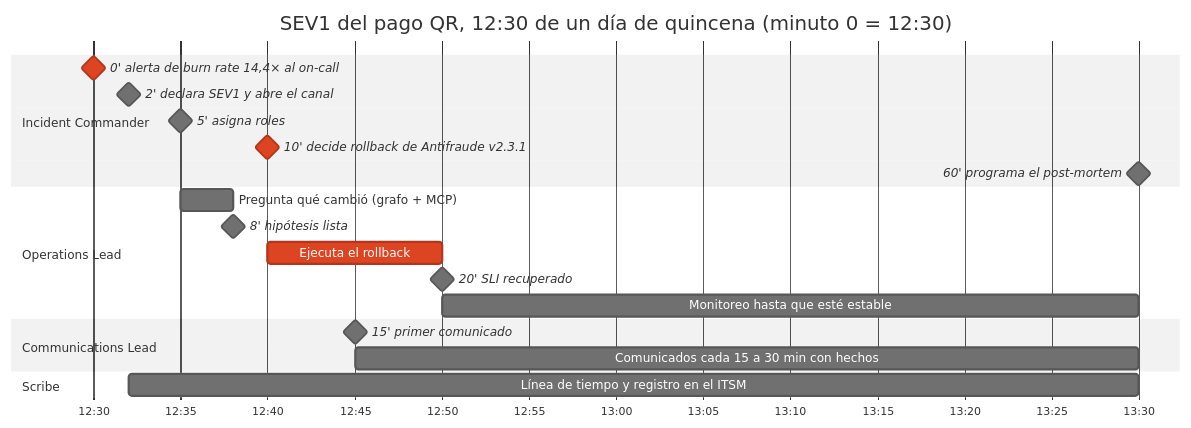
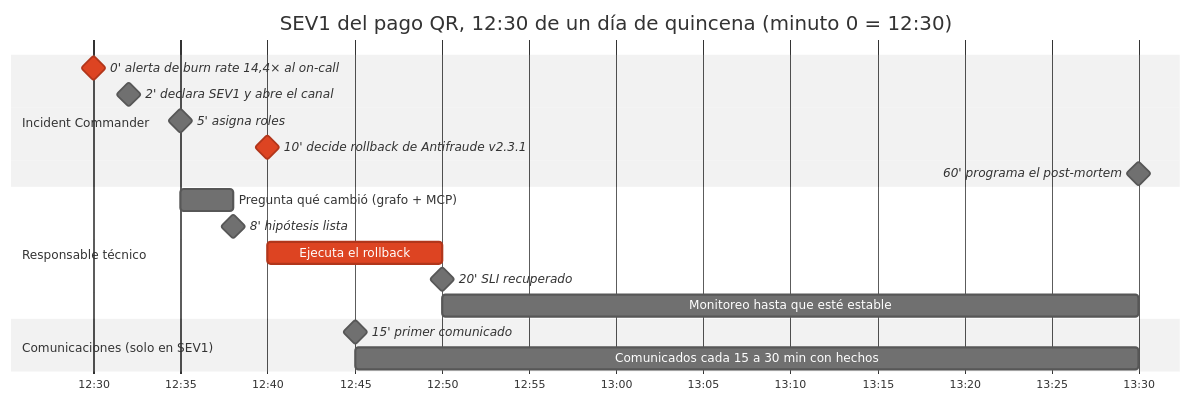
Diagram 11 of 12 in devops-senior/temas/25-davivienda-sre-observabilidad/presentacion-libreto.md (locosebas/necesidadesYGrafos), drawn with Mermaid (neutral theme) before and after one commit. The commit also changed other lines of this file and 2 other files, not shown here.

Commit message:
D23: roles mínimos del incidente (IC + responsable técnico), comunicaciones solo si hace falta

````diff
--- a/devops-senior/temas/25-davivienda-sre-observabilidad/presentacion-libreto.md
+++ b/devops-senior/temas/25-davivienda-sre-observabilidad/presentacion-libreto.md
@@ -713,27 +715,25 @@
 ```mermaid
 gantt
     title SEV1 del pago QR, 12:30 de un día de quincena (minuto 0 = 12:30)
     dateFormat HH:mm
     axisFormat %H:%M
 
     section Incident Commander
     0' alerta de burn rate 14,4× al on-call   :crit, milestone, m0, 12:30, 0m
     2' declara SEV1 y abre el canal              :milestone, m1, 12:32, 0m
     5' asigna roles                              :milestone, m2, 12:35, 0m
     10' decide rollback de Antifraude v2.3.1     :crit, milestone, m3, 12:40, 0m
     60' programa el post-mortem                  :milestone, m4, 13:30, 0m
 
-    section Operations Lead
+    section Responsable técnico
     Pregunta qué cambió (grafo + MCP)            :ops1, 12:35, 3m
     8' hipótesis lista                           :milestone, m5, 12:38, 0m
     Ejecuta el rollback                          :crit, ops2, 12:40, 10m
     20' SLI recuperado                           :milestone, m6, 12:50, 0m
     Monitoreo hasta que esté estable             :ops3, 12:50, 40m
 
-    section Communications Lead
+    section Comunicaciones (solo en SEV1)
     15' primer comunicado                        :milestone, m7, 12:45, 0m
     Comunicados cada 15 a 30 min con hechos      :com1, 12:45, 45m
 
-    section Scribe
-    Línea de tiempo y registro en el ITSM     :scr1, 12:32, 58m
 ```
````
